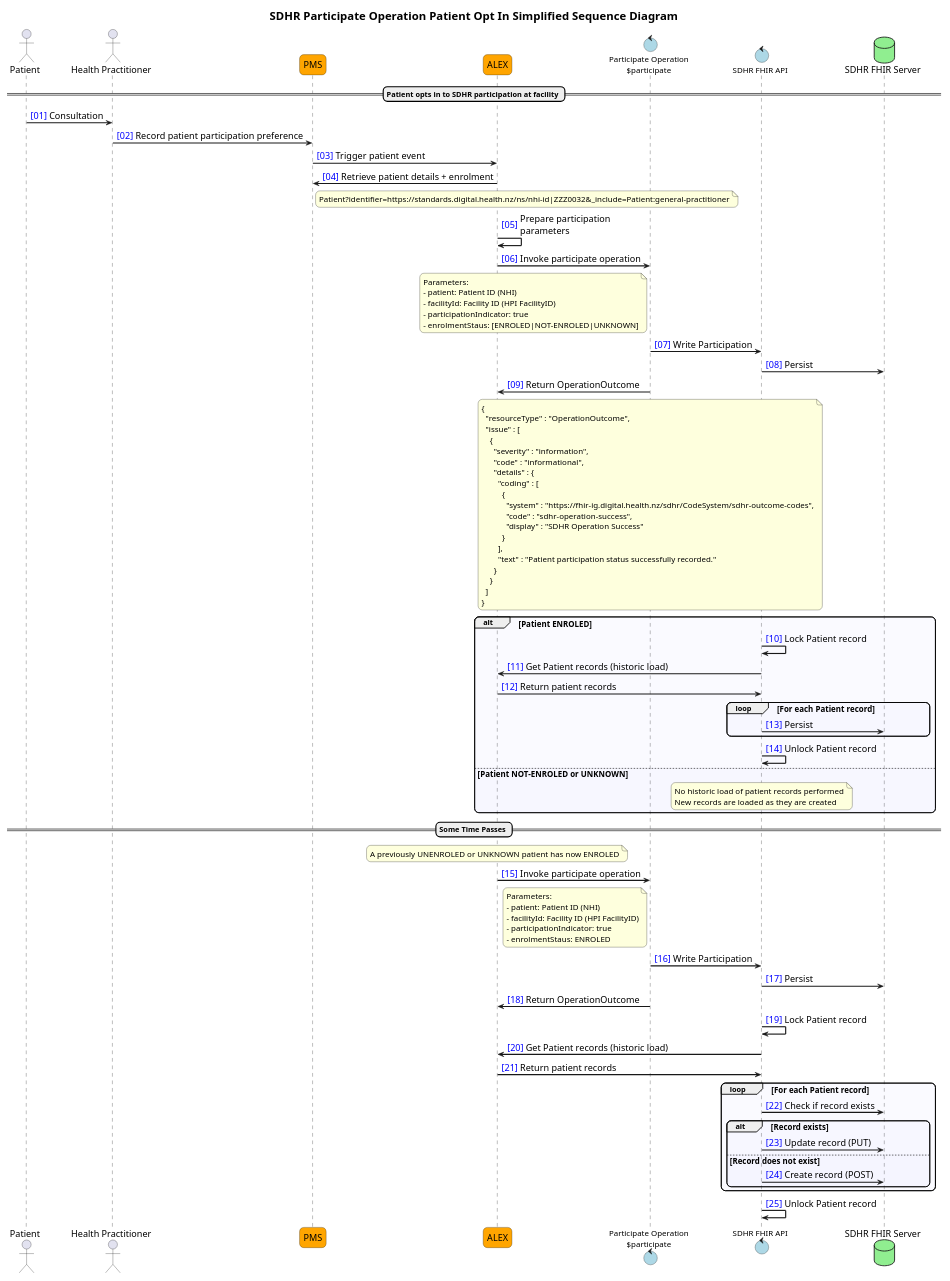
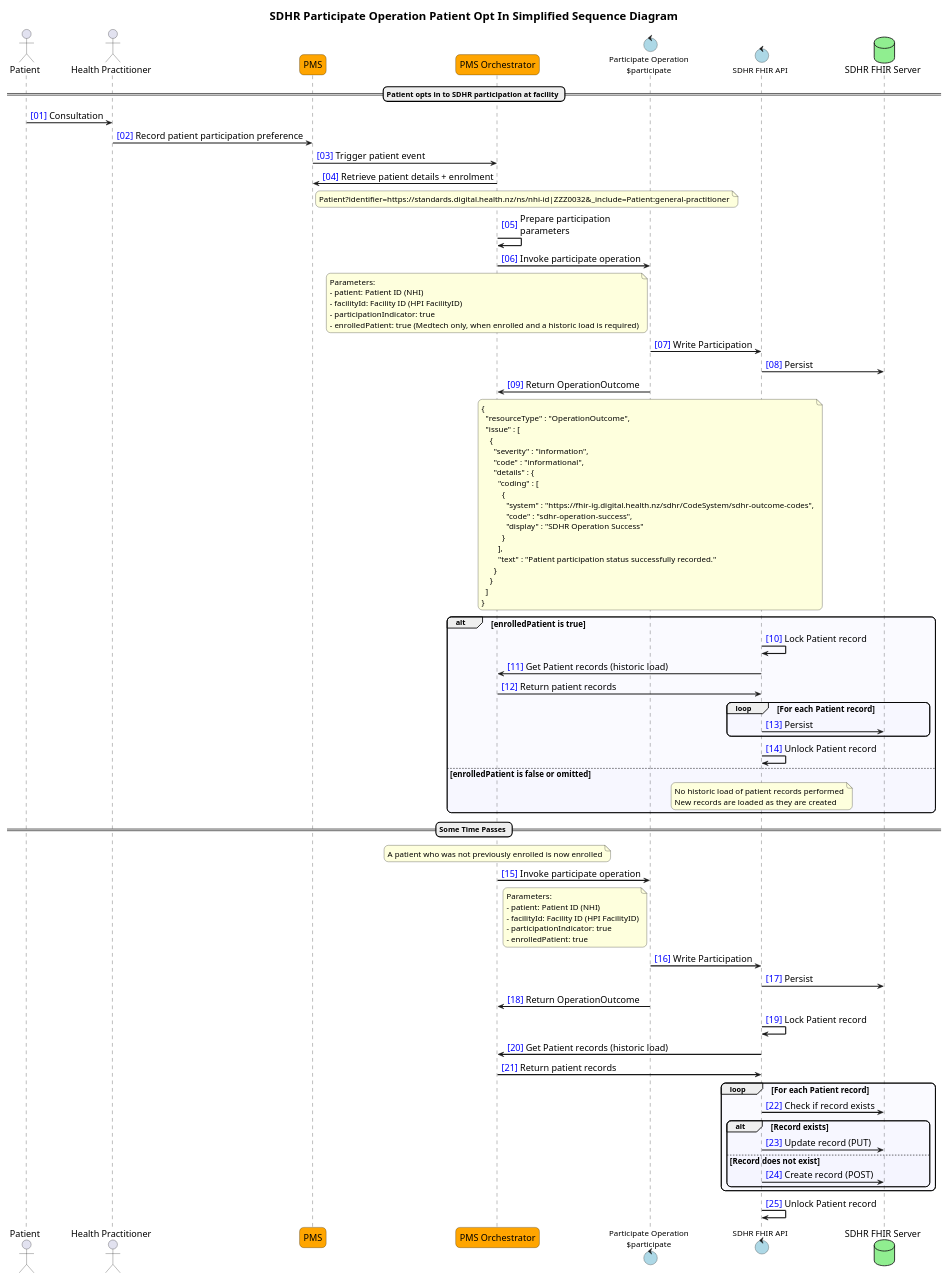
One commit to tewhatuora/fhir-sdhr changed the diagram in input/images-source/participate-sequence-with-enrolment-simplified.plantuml. Above: the diagram before and after it, drawn with PlantUML. The commit also changed 18 other files, not shown here.

```diff
--- a/input/images-source/participate-sequence-with-enrolment-simplified.plantuml
+++ b/input/images-source/participate-sequence-with-enrolment-simplified.plantuml
@@ -1,126 +1,124 @@
 @startuml
 
 title SDHR Participate Operation Patient Opt In Simplified Sequence Diagram
 
 autonumber "<color:Blue>[00]"
 
 skinparam ActorFontSize 16
 skinparam ArrowFontSize 12
 skinparam ArrowFontSize 16
 skinparam BoxPadding 5
 skinparam DatabaseFontSize 16
 skinparam dpi 400
 skinparam EntityFontSize 16
 skinparam MaxMessageSize 375
 skinparam NoteFontSize 14
 skinparam ParticipantFontSize 16
 skinparam ParticipantPadding 5
 skinparam responseMessageBelowArrow true
 skinparam roundcorner 15
 skinparam sequenceArrowThickness 2
 skinparam SequenceBoxFontSize 16
 skinparam sequencegroupfontsize 14
 skinparam SequenceMessageAlignment left
 skinparam sequenceStyle uml2
 skinparam TitleFontSize 20
 ' semi-transparent sequence groups!
 ' see https://sarafian.github.io/tips/2021/03/11/plantuml-tips-tricks-1.html#:~:text=responseMessageBelowArrow-,Semi,-transparent%20group%20backgrounds
 skinparam SequenceGroupBodyBackgroundColor #EEEEFF50
 
 scale max 400 width
 scale 300*500
 
 actor "Patient" as Patient
 actor "Health Practitioner" as USER
 participant "PMS" as APIC #Orange
-participant "ALEX" as ORCHESTRATOR #Orange
+participant "PMS Orchestrator" as ORCHESTRATOR #Orange
 control "Participate Operation\n$participate" as PARTICIPATE #LightBlue
 control "SDHR FHIR API" as FHIRAPI #LightBlue
 database "SDHR FHIR Server" as SDHR #LightGreen
 
 == Patient opts in to SDHR participation at facility ==
 Patient -> USER : Consultation
 USER -> APIC : Record patient participation preference
 APIC -> ORCHESTRATOR : Trigger patient event
 ORCHESTRATOR -> APIC : Retrieve patient details + enrolment
   note right of APIC
     Patient?identifier=https://standards.digital.health.nz/ns/nhi-id|ZZZ0032&_include=Patient:general-practitioner
   end note
 ORCHESTRATOR -> ORCHESTRATOR : Prepare participation\nparameters
 ORCHESTRATOR -> PARTICIPATE : Invoke participate operation
   note left of PARTICIPATE
     Parameters:
     - patient: Patient ID (NHI)
     - facilityId: Facility ID (HPI FacilityID)
     - participationIndicator: true
-    - enrolmentStaus: [ENROLED|NOT-ENROLED|UNKNOWN]
-    '- nhiValidationStatus: [VALIDATED|INVALID|NOT-VALIDATED]
+    - enrolledPatient: true (Medtech only, when enrolled and a historic load is required)
   end note
 PARTICIPATE -> FHIRAPI : Write Participation
 FHIRAPI -> SDHR : Persist
 PARTICIPATE -> ORCHESTRATOR : Return OperationOutcome
   note over PARTICIPATE
     {
       "resourceType" : "OperationOutcome",
       "issue" : [
         {
           "severity" : "information",
           "code" : "informational",
           "details" : {
             "coding" : [
               {
                 "system" : "https://fhir-ig.digital.health.nz/sdhr/CodeSystem/sdhr-outcome-codes",
                 "code" : "sdhr-operation-success",
                 "display" : "SDHR Operation Success"
               }
             ],
             "text" : "Patient participation status successfully recorded."
           }
         }
       ]
     }
   end note
-alt Patient ENROLED
+alt enrolledPatient is true
   FHIRAPI -> FHIRAPI : Lock Patient record
   FHIRAPI -> ORCHESTRATOR : Get Patient records (historic load)
   ORCHESTRATOR -> FHIRAPI : Return patient records
   loop For each Patient record
     FHIRAPI -> SDHR : Persist
   end loop
   FHIRAPI -> FHIRAPI : Unlock Patient record
-else Patient NOT-ENROLED or UNKNOWN
+else enrolledPatient is false or omitted
   note over FHIRAPI
     No historic load of patient records performed
     New records are loaded as they are created
   end note
 end alt
 
 == Some Time Passes ==
 note over ORCHESTRATOR
-  A previously UNENROLED or UNKNOWN patient has now ENROLED
+  A patient who was not previously enrolled is now enrolled
 end note
 ORCHESTRATOR -> PARTICIPATE : Invoke participate operation
   note left of PARTICIPATE
     Parameters:
     - patient: Patient ID (NHI)
     - facilityId: Facility ID (HPI FacilityID)
     - participationIndicator: true
-    - enrolmentStaus: ENROLED
-    '- nhiValidationStatus: [VALIDATED|INVALID|NOT-VALIDATED]
+    - enrolledPatient: true
   end note
 PARTICIPATE -> FHIRAPI : Write Participation
 FHIRAPI -> SDHR : Persist
 PARTICIPATE -> ORCHESTRATOR : Return OperationOutcome
 FHIRAPI -> FHIRAPI : Lock Patient record
 FHIRAPI -> ORCHESTRATOR : Get Patient records (historic load)
 ORCHESTRATOR -> FHIRAPI : Return patient records
 loop For each Patient record
   FHIRAPI ->  SDHR : Check if record exists
   alt Record exists
     FHIRAPI -> SDHR : Update record (PUT)
   else Record does not exist
     FHIRAPI -> SDHR : Create record (POST)
   end
 end loop
 FHIRAPI -> FHIRAPI : Unlock Patient record
 @enduml
```
